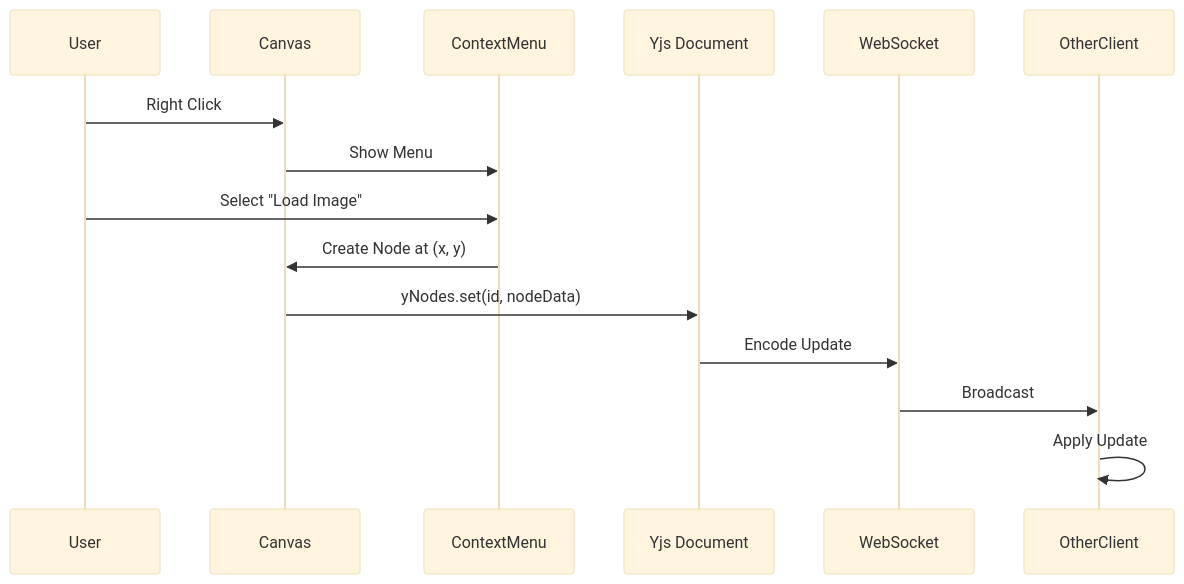
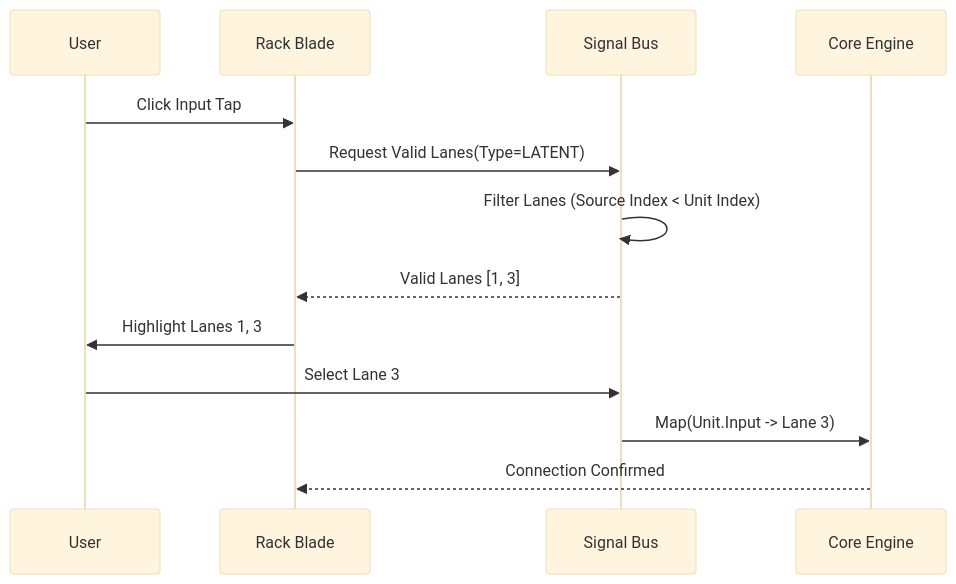
Before and after one commit to somatechlat/vortex: the diagram in gemini/docs/specs/02_frontend_ui_srs.md, drawn with Mermaid (base theme). The commit also changed other lines of this file and 4 other files, not shown here.

First line of the commit message:
docs(srs): finalize Vertical Rack UI architecture

````diff
--- a/gemini/docs/specs/02_frontend_ui_srs.md
+++ b/gemini/docs/specs/02_frontend_ui_srs.md
@@ -331,18 +140,16 @@
 ```mermaid
 sequenceDiagram
     participant User
-    participant Canvas
-    participant ContextMenu
-    participant YDoc as Yjs Document
-    participant WS as WebSocket
-    participant OtherClient
+    participant Unit as Rack Blade
+    participant Bus as Signal Bus
+    participant Core as Core Engine
 
-    User->>Canvas: Right Click
-    Canvas->>ContextMenu: Show Menu
-    User->>ContextMenu: Select "Load Image"
-    ContextMenu->>Canvas: Create Node at (x, y)
-    Canvas->>YDoc: yNodes.set(id, nodeData)
-    YDoc->>WS: Encode Update
-    WS->>OtherClient: Broadcast
-    OtherClient->>OtherClient: Apply Update
+    User->>Unit: Click Input Tap
+    Unit->>Bus: Request Valid Lanes(Type=LATENT)
+    Bus->>Bus: Filter Lanes (Source Index < Unit Index)
+    Bus-->>Unit: Valid Lanes [1, 3]
+    Unit->>User: Highlight Lanes 1, 3
+    User->>Bus: Select Lane 3
+    Bus->>Core: Map(Unit.Input -> Lane 3)
+    Core-->>Unit: Connection Confirmed
 ```
````
